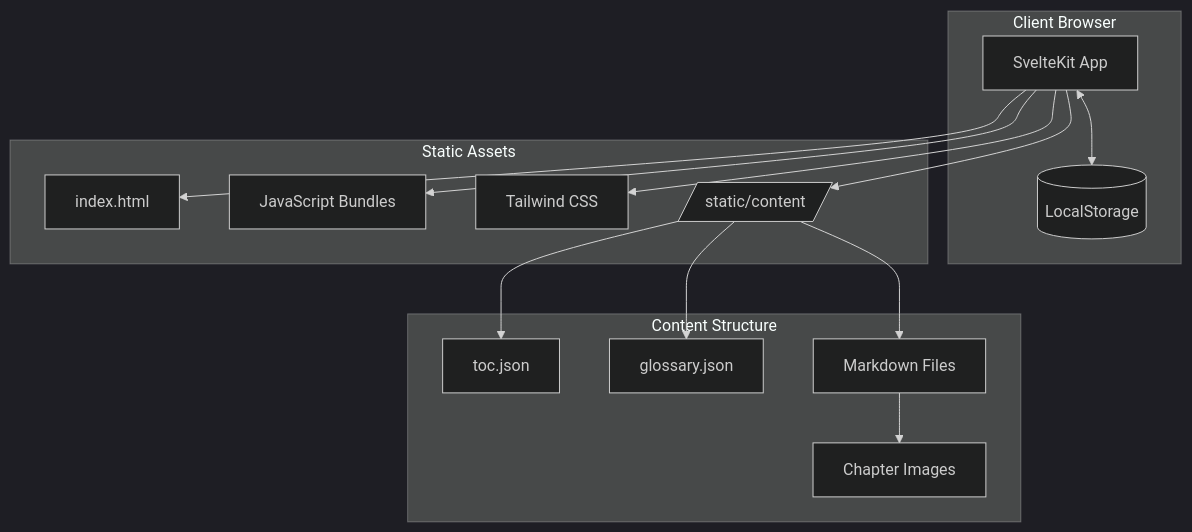
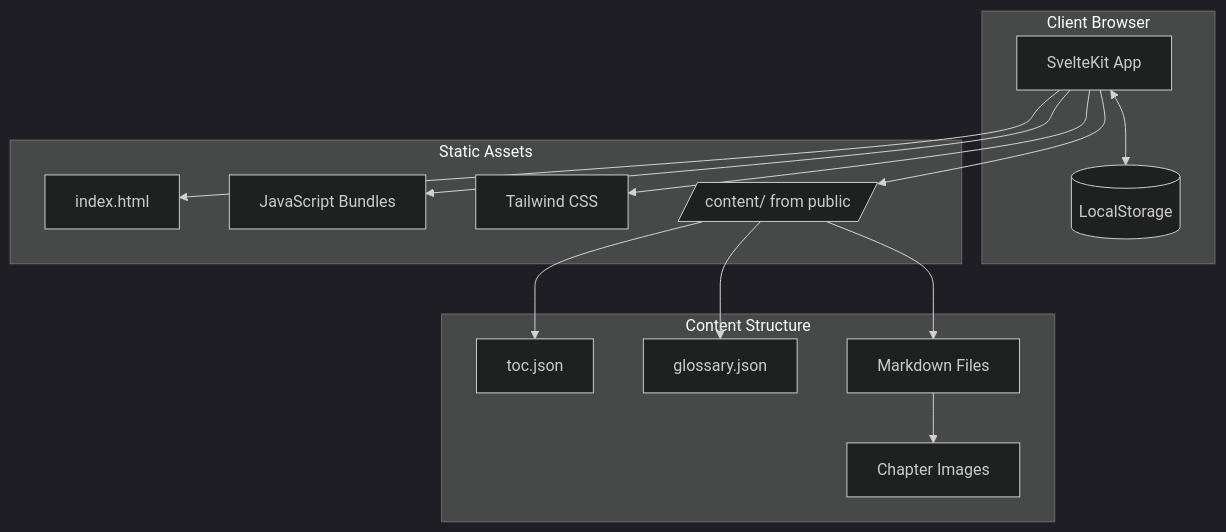
The first of 5 diagrams in docs/reference/architecture.md (SigurdurVilhelmsson/namsbokasafn-vefur), drawn with Mermaid (dark theme) before and after one commit. The commit also changed other lines of this file and 1 other file, not shown here.

Commit message:
docs: fix path and label inconsistencies
- Fix static/covers → public/covers in architecture.md
- Clarify content path in architecture diagram
- Fix "Development" → "Deployment" label in docs index

````diff
--- a/docs/reference/architecture.md
+++ b/docs/reference/architecture.md
@@ -7,31 +7,31 @@
 ```mermaid
 graph TB
     subgraph "Client Browser"
         UI[SvelteKit App]
         LocalStorage[(LocalStorage)]
     end
 
     subgraph "Static Assets"
         HTML[index.html]
         JS[JavaScript Bundles]
         CSS[Tailwind CSS]
-        Content[/static/content/]
+        Content[/content/ from public/]
     end
 
     subgraph "Content Structure"
         TOC[toc.json]
         Glossary[glossary.json]
         Chapters[Markdown Files]
         Images[Chapter Images]
     end
 
     UI --> HTML
     UI --> JS
     UI --> CSS
     UI --> Content
     UI <--> LocalStorage
     Content --> TOC
     Content --> Glossary
     Content --> Chapters
     Chapters --> Images
 ```
````
